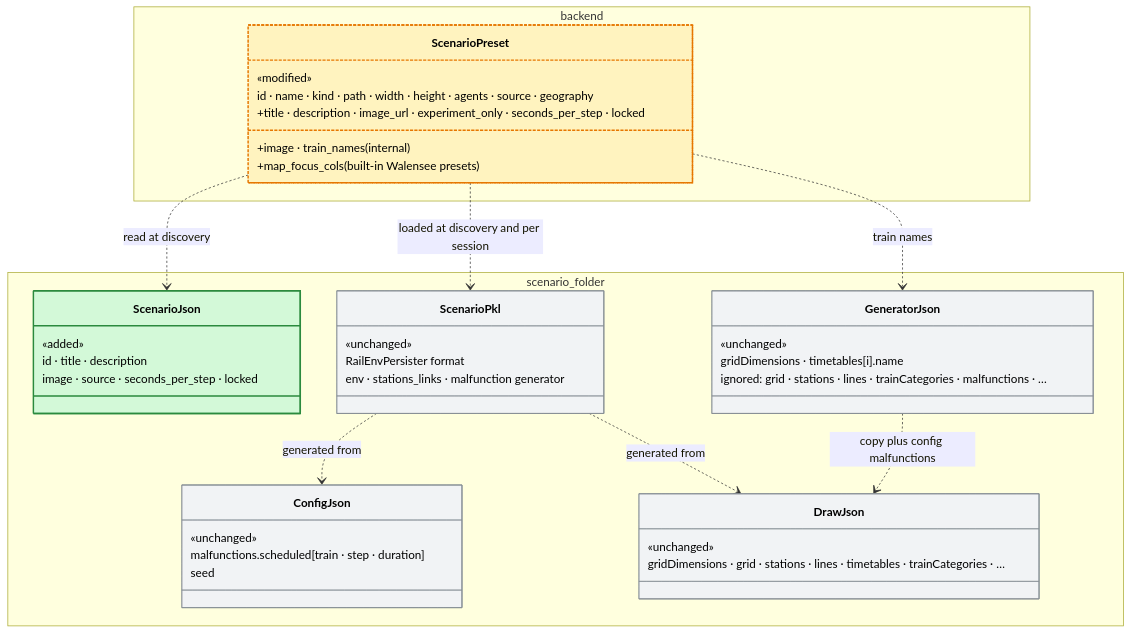
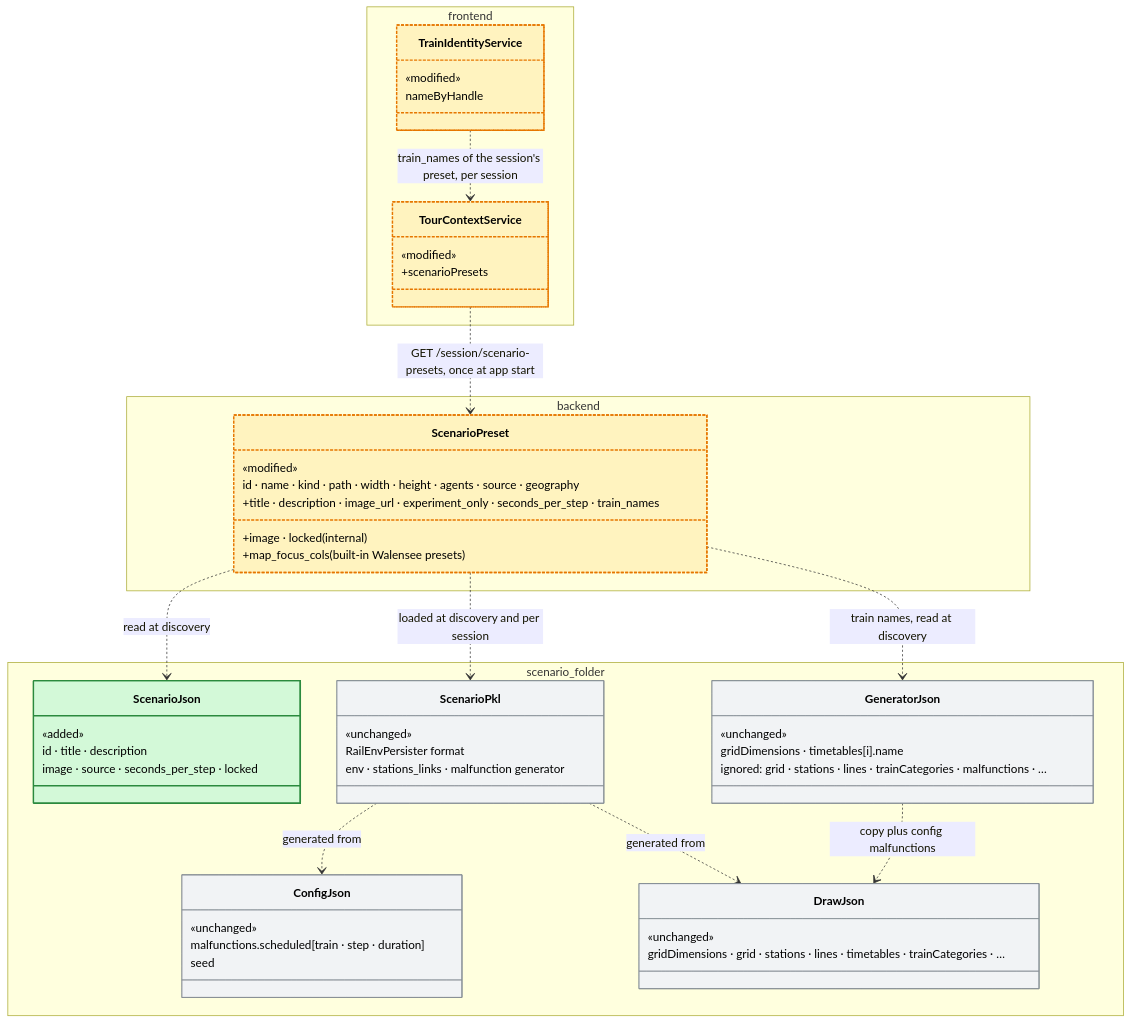
Before and after one commit to flatland-association/flatland-ui-hub: the second of 2 diagrams in docs/plans/experiment-scenario-import.md, drawn with Mermaid. The commit also changed other lines of this file, not shown here.

First line of the commit message:
docs(plans): experiment scenarios: revised plan, components, train names from the preset list.

````diff
--- a/docs/plans/experiment-scenario-import.md
+++ b/docs/plans/experiment-scenario-import.md
@@ -235,50 +269,64 @@
 ```mermaid
 classDiagram
     namespace scenario_folder {
         class ScenarioJson {
             «added»
             id · title · description
             image · source · seconds_per_step · locked
         }
         class ScenarioPkl {
             «unchanged»
             RailEnvPersister format
             env · stations_links · malfunction generator
         }
         class GeneratorJson {
             «unchanged»
             gridDimensions · timetables[i].name
             ignored: grid · stations · lines · trainCategories · malfunctions · …
         }
         class ConfigJson {
             «unchanged»
             malfunctions.scheduled[train · step · duration]
             seed
         }
         class DrawJson {
             «unchanged»
             gridDimensions · grid · stations · lines · timetables · trainCategories · …
         }
     }
     namespace backend {
         class ScenarioPreset {
             «modified»
             id · name · kind · path · width · height · agents · source · geography
-            +title · description · image_url · experiment_only · seconds_per_step · locked
-            +image · train_names (internal)
+            +title · description · image_url · experiment_only · seconds_per_step · train_names
+            +image · locked (internal)
             +map_focus_cols (built-in Walensee presets)
+        }
+    }
+    namespace frontend {
+        class TourContextService {
+            «modified»
+            +scenarioPresets
+        }
+        class TrainIdentityService {
+            «modified»
+            nameByHandle
         }
     }
     ScenarioPreset ..> ScenarioJson : read at discovery
     ScenarioPreset ..> ScenarioPkl : loaded at discovery and per session
-    ScenarioPreset ..> GeneratorJson : train names
+    ScenarioPreset ..> GeneratorJson : train names, read at discovery
+    TourContextService ..> ScenarioPreset : GET /session/scenario-presets, once at app start
+    TrainIdentityService ..> TourContextService : train_names of the session's preset, per session
     ScenarioPkl ..> DrawJson : generated from
     ScenarioPkl ..> ConfigJson : generated from
     GeneratorJson ..> DrawJson : copy plus config malfunctions
     style ScenarioJson fill:#d3f9d8,stroke:#2b8a3e,stroke-width:2px,color:#000
     style ScenarioPreset fill:#fff3bf,stroke:#e67700,stroke-width:2px,stroke-dasharray:4 2,color:#000
+    style TourContextService fill:#fff3bf,stroke:#e67700,stroke-width:2px,stroke-dasharray:4 2,color:#000
+    style TrainIdentityService fill:#fff3bf,stroke:#e67700,stroke-width:2px,stroke-dasharray:4 2,color:#000
     style ScenarioPkl fill:#f1f3f5,stroke:#868e96,color:#000
     style GeneratorJson fill:#f1f3f5,stroke:#868e96,color:#000
     style ConfigJson fill:#f1f3f5,stroke:#868e96,color:#000
     style DrawJson fill:#f1f3f5,stroke:#868e96,color:#000
 ```
````
